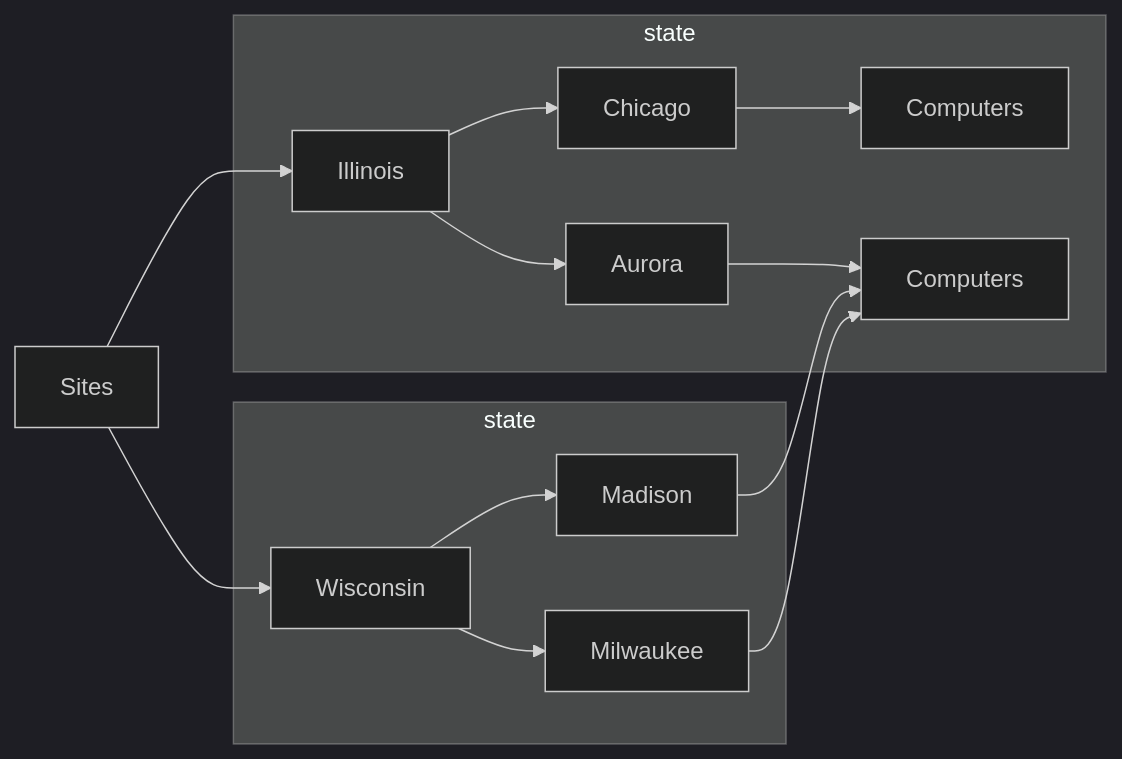
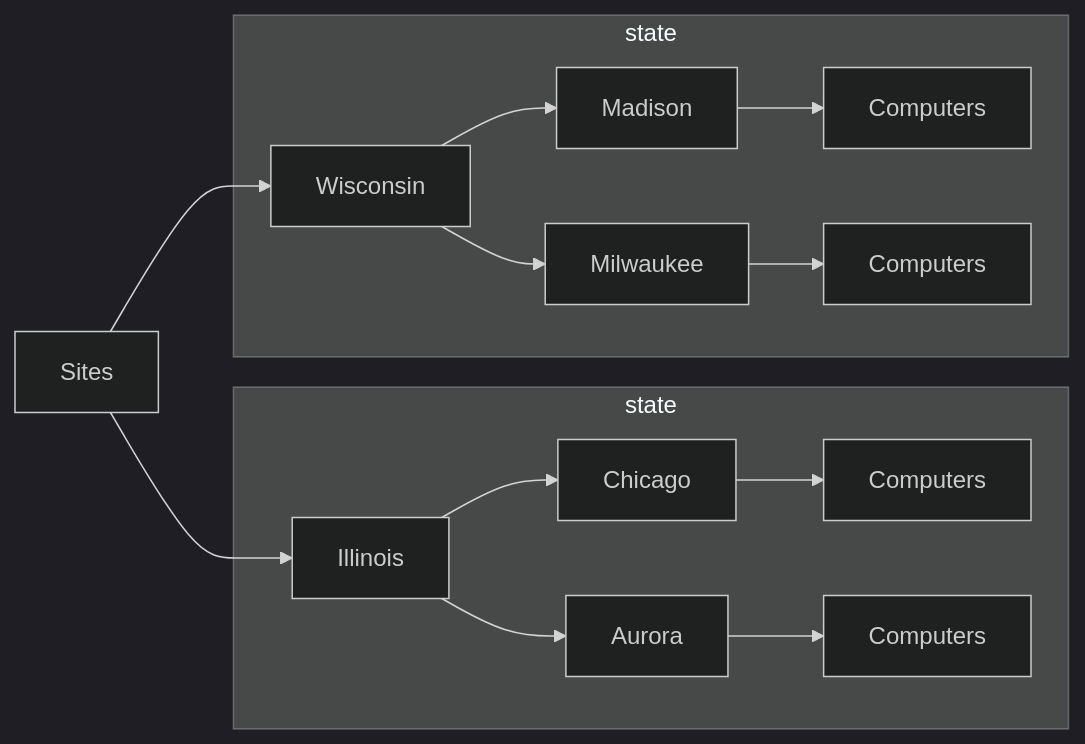
One commit to emerconnelly/sysadmin changed the diagram in powershell-scripts/Move-ComputersByStateSiteCode/README.md. Above: the diagram before and after it, drawn with Mermaid (dark theme).

````diff
--- a/powershell-scripts/Move-ComputersByStateSiteCode/README.md
+++ b/powershell-scripts/Move-ComputersByStateSiteCode/README.md
@@ -24,17 +24,17 @@
 ```mermaid
 flowchart LR
     Sites --> Illinois
       subgraph st1 [state]
       Illinois --> Chicago
         Chicago --> computer1[Computers]
       Illinois --> Aurora
-        Aurora --> Computers
+        Aurora --> computer2[Computers]
       end
     Sites --> Wisconsin
       subgraph st2 [state]
       Wisconsin --> Madison
-        Madison --> Computers
+        Madison --> computer3[Computers]
       Wisconsin --> Milwaukee
-        Milwaukee --> Computers
+        Milwaukee --> computer4[Computers]
       end
 ```
````
